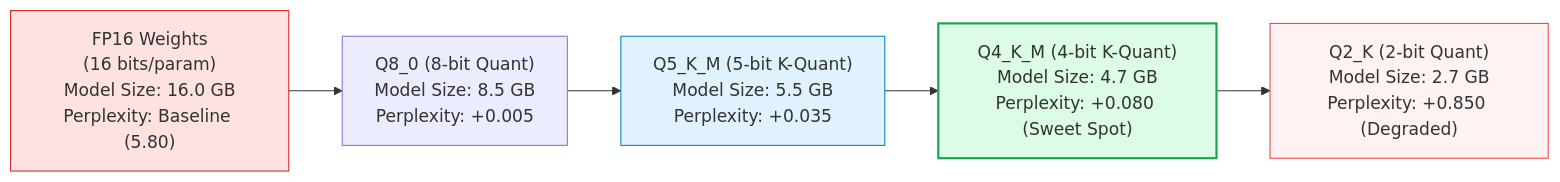
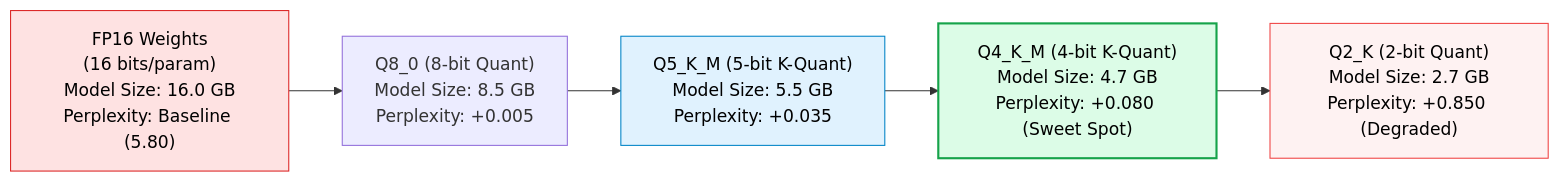
Before and after one commit to swapnil3104/RAG-Engineering: the second of 2 diagrams in 11-Frameworks-and-Tools/Ollama/README.md, drawn with Mermaid. The commit also changed other lines of this file and 108 other files, not shown here.

Commit message:
fix: make chart text visible across all Mermaid diagrams and resolve markdown table formatting issues

````diff
--- a/11-Frameworks-and-Tools/Ollama/README.md
+++ b/11-Frameworks-and-Tools/Ollama/README.md
@@ -97,12 +97,12 @@
 ```mermaid
 graph LR
     FP16["FP16 Weights<br/>(16 bits/param)<br/>Model Size: 16.0 GB<br/>Perplexity: Baseline (5.80)"] --> Q8_0["Q8_0 (8-bit Quant)<br/>Model Size: 8.5 GB<br/>Perplexity: +0.005"]
     Q8_0 --> Q5_K_M["Q5_K_M (5-bit K-Quant)<br/>Model Size: 5.5 GB<br/>Perplexity: +0.035"]
     Q5_K_M --> Q4_K_M["Q4_K_M (4-bit K-Quant)<br/>Model Size: 4.7 GB<br/>Perplexity: +0.080 (Sweet Spot)"]
     Q4_K_M --> Q2_K["Q2_K (2-bit Quant)<br/>Model Size: 2.7 GB<br/>Perplexity: +0.850 (Degraded)"]
 
-    style FP16 fill:#fee2e2,stroke:#dc2626
-    style Q5_K_M fill:#e0f2fe,stroke:#0284c7
-    style Q4_K_M fill:#dcfce7,stroke:#16a34a,stroke-width:2px
-    style Q2_K fill:#fef2f2,stroke:#ef4444
+    style FP16 fill:#fee2e2,stroke:#dc2626,color:#000000
+    style Q5_K_M fill:#e0f2fe,stroke:#0284c7,color:#000000
+    style Q4_K_M fill:#dcfce7,stroke:#16a34a,stroke-width:2px,color:#000000
+    style Q2_K fill:#fef2f2,stroke:#ef4444,color:#000000
 ```
````
